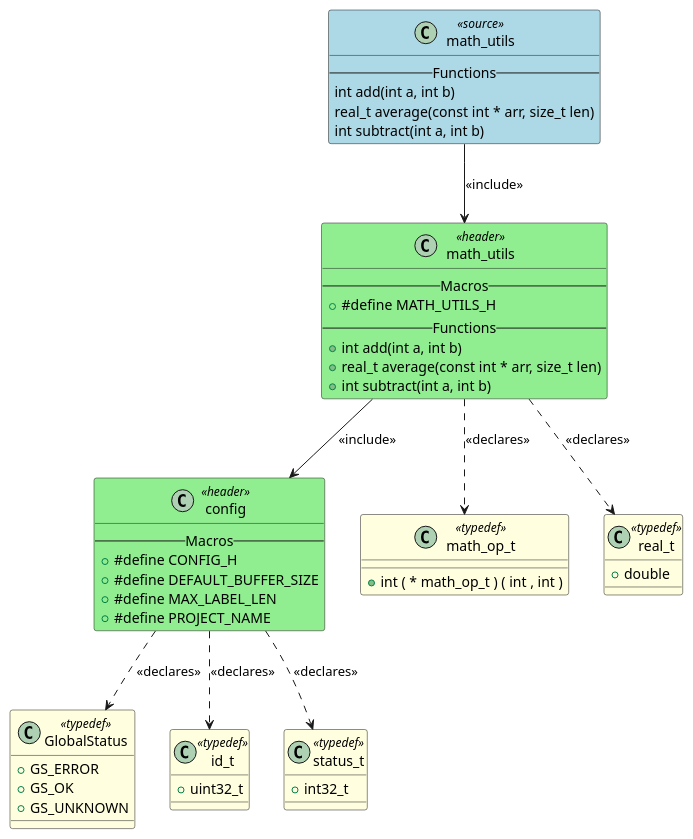
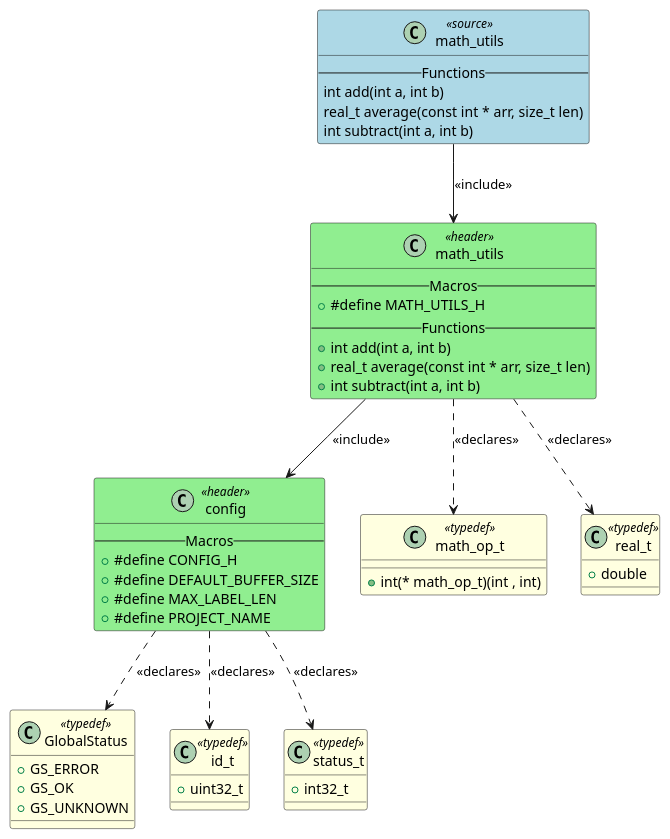
The diagram in output/math_utils.puml (fischerjooo/c2puml), drawn with PlantUML before and after one commit. The commit also changed 19 other files, not shown here.

```diff
--- a/output/math_utils.puml
+++ b/output/math_utils.puml
@@ -1,71 +1,71 @@
 @startuml math_utils
 
 class "math_utils" as MATH_UTILS <<source>> #LightBlue
 {
     -- Functions --
     int add(int a, int b)
     real_t average(const int * arr, size_t len)
     int subtract(int a, int b)
 }
 
 class "config" as HEADER_CONFIG <<header>> #LightGreen
 {
     -- Macros --
     + #define CONFIG_H
     + #define DEFAULT_BUFFER_SIZE
     + #define MAX_LABEL_LEN
     + #define PROJECT_NAME
 }
 
 class "math_utils" as HEADER_MATH_UTILS <<header>> #LightGreen
 {
     -- Macros --
     + #define MATH_UTILS_H
     -- Functions --
     + int add(int a, int b)
     + real_t average(const int * arr, size_t len)
     + int subtract(int a, int b)
 }
 
 class "GlobalStatus" as TYPEDEF_GLOBALSTATUS <<typedef>> #LightYellow
 {
     + GS_ERROR
     + GS_OK
     + GS_UNKNOWN
 }
 
 class "id_t" as TYPEDEF_ID_T <<typedef>> #LightYellow
 {
     + uint32_t
 }
 
 class "status_t" as TYPEDEF_STATUS_T <<typedef>> #LightYellow
 {
     + int32_t
 }
 
 class "math_op_t" as TYPEDEF_MATH_OP_T <<typedef>> #LightYellow
 {
-    + int ( * math_op_t ) ( int , int )
+    + int(* math_op_t)(int , int)
 }
 
 class "real_t" as TYPEDEF_REAL_T <<typedef>> #LightYellow
 {
     + double
 }
 
 
 ' Include relationships
 MATH_UTILS --> HEADER_MATH_UTILS : <<include>>
 HEADER_MATH_UTILS --> HEADER_CONFIG : <<include>>
 
 ' Declaration relationships
 HEADER_CONFIG ..> TYPEDEF_GLOBALSTATUS : <<declares>>
 HEADER_CONFIG ..> TYPEDEF_ID_T : <<declares>>
 HEADER_CONFIG ..> TYPEDEF_STATUS_T : <<declares>>
 HEADER_MATH_UTILS ..> TYPEDEF_MATH_OP_T : <<declares>>
 HEADER_MATH_UTILS ..> TYPEDEF_REAL_T : <<declares>>
 
 ' Uses relationships
 
 @enduml
```
